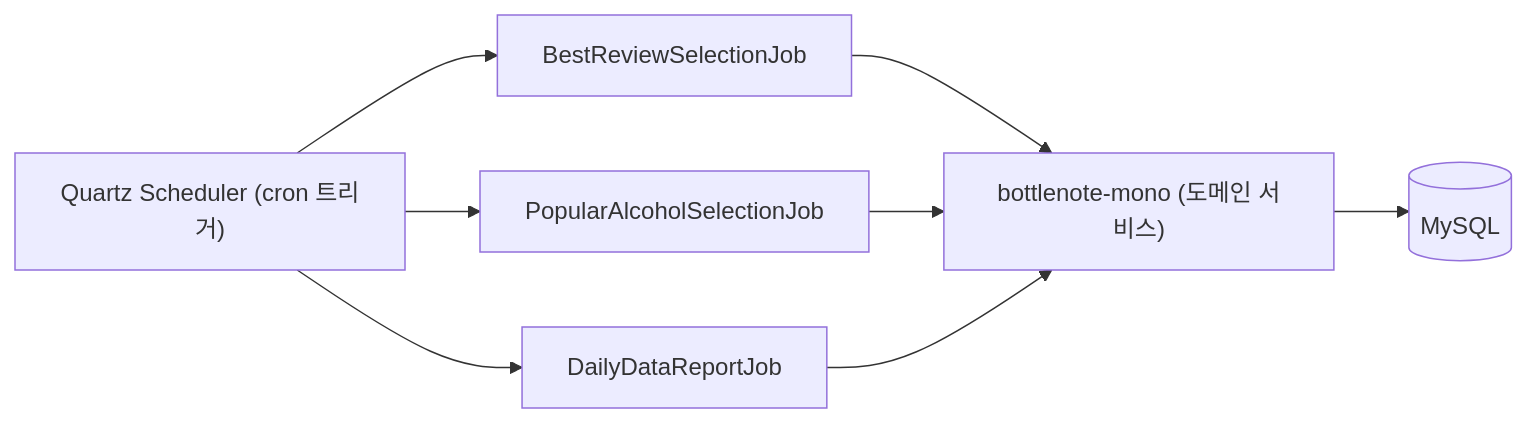
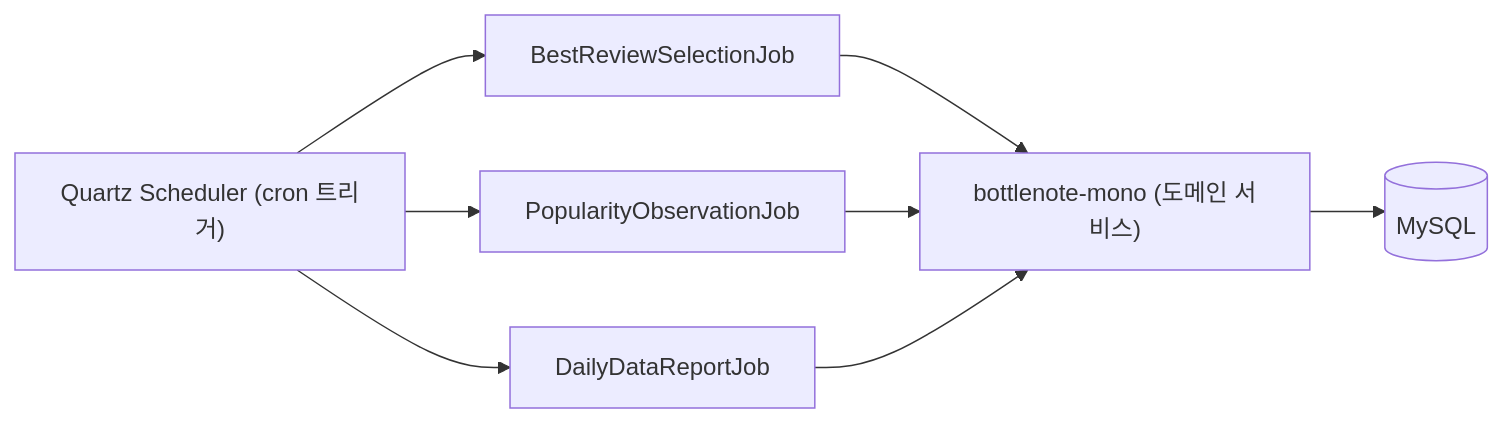
One commit to bottle-note/bottle-note-api-server changed the diagram in bottlenote-batch/README.md. Above: the diagram before and after it, drawn with Mermaid. The commit also changed other lines of this file and 18 other files, not shown here.

````diff
--- a/bottlenote-batch/README.md
+++ b/bottlenote-batch/README.md
@@ -11,10 +11,10 @@
 ```mermaid
 flowchart LR
     Q["Quartz Scheduler (cron 트리거)"] --> J1[BestReviewSelectionJob]
-    Q --> J2[PopularAlcoholSelectionJob]
+    Q --> J2[PopularityObservationJob]
     Q --> J3[DailyDataReportJob]
     J1 --> M["bottlenote-mono (도메인 서비스)"]
     J2 --> M
     J3 --> M
     M --> DB[(MySQL)]
 ```
````
